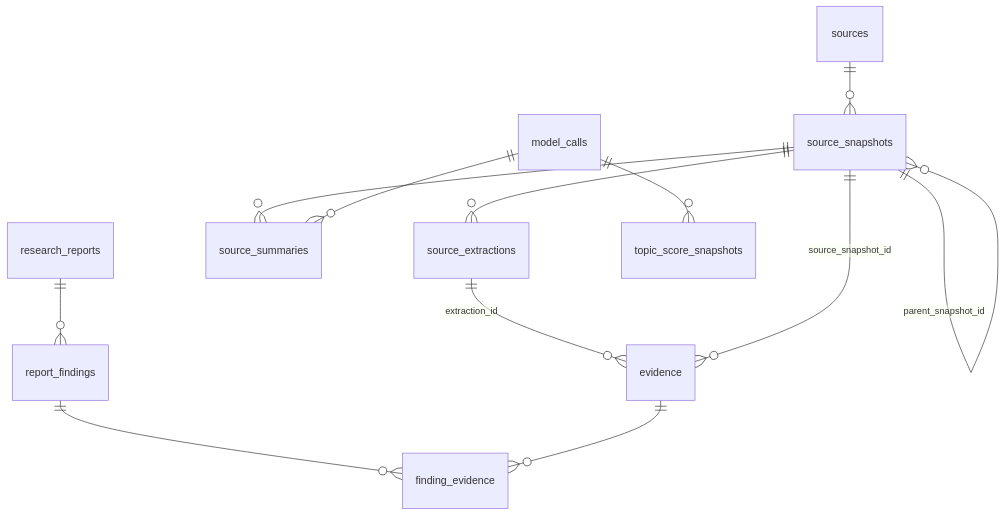
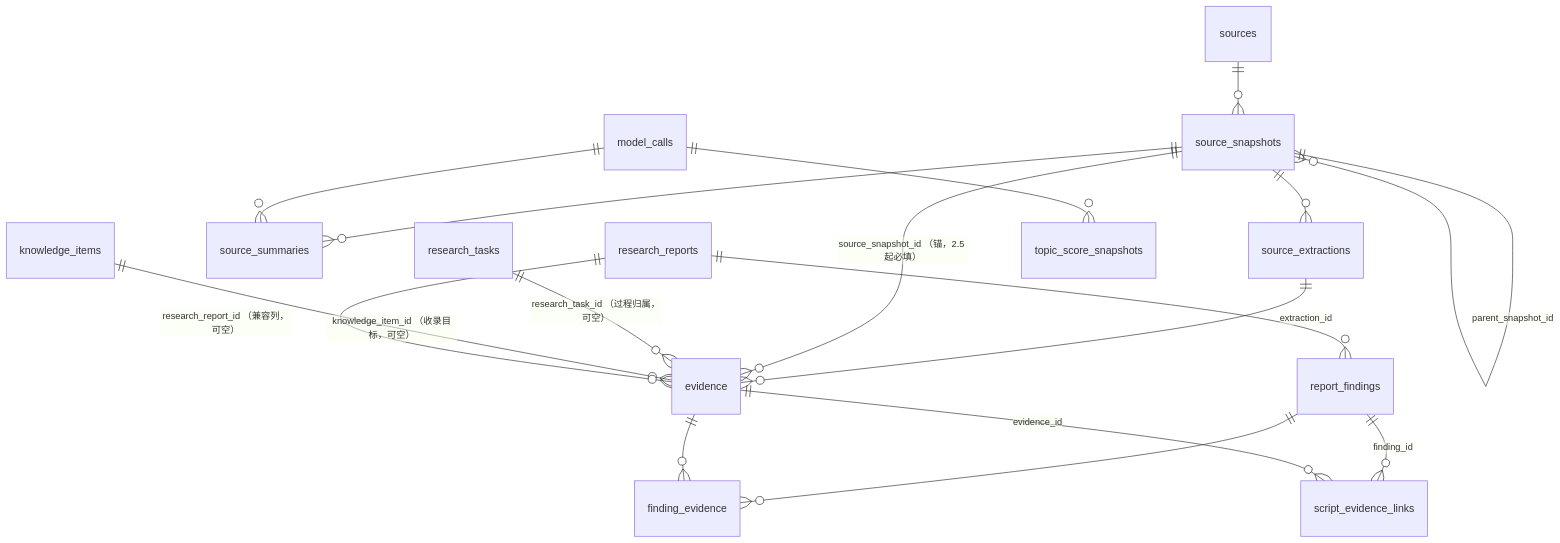
One commit to AckNove/finance-media-ai changed the third of 5 diagrams in docs/research_hub/database_design.md. Above: the diagram before and after it, drawn with Mermaid. The commit also changed other lines of this file and 14 other files, not shown here.

````diff
--- a/docs/research_hub/database_design.md
+++ b/docs/research_hub/database_design.md
@@ -93,16 +128,22 @@
 ```mermaid
 erDiagram
     sources ||--o{ source_snapshots : ""
     source_snapshots ||--o{ source_snapshots : "parent_snapshot_id"
     source_snapshots ||--o{ source_extractions : ""
     source_snapshots ||--o{ source_summaries : ""
     source_extractions ||--o{ evidence : "extraction_id"
-    source_snapshots ||--o{ evidence : "source_snapshot_id"
+    source_snapshots ||--o{ evidence : "source_snapshot_id （锚，2.5 起必填）"
+
+    research_tasks ||--o{ evidence : "research_task_id （过程归属，可空）"
+    knowledge_items ||--o{ evidence : "knowledge_item_id （收录目标，可空）"
+    research_reports ||--o{ evidence : "research_report_id （兼容列，可空）"
 
     research_reports ||--o{ report_findings : ""
     report_findings ||--o{ finding_evidence : ""
     evidence ||--o{ finding_evidence : ""
+    report_findings ||--o{ script_evidence_links : "finding_id"
+    evidence ||--o{ script_evidence_links : "evidence_id"
 
     model_calls ||--o{ source_summaries : ""
     model_calls ||--o{ topic_score_snapshots : ""
 ```
````
